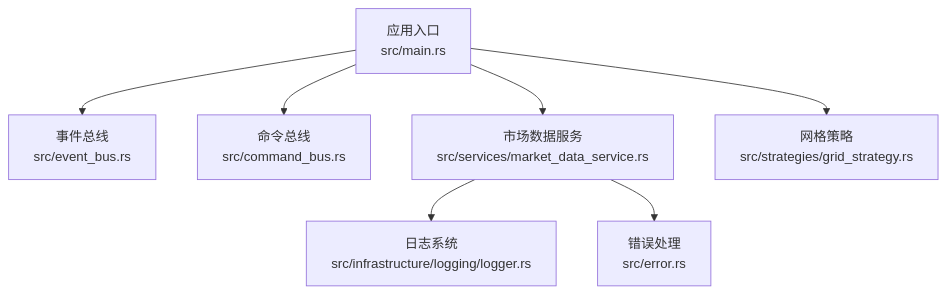
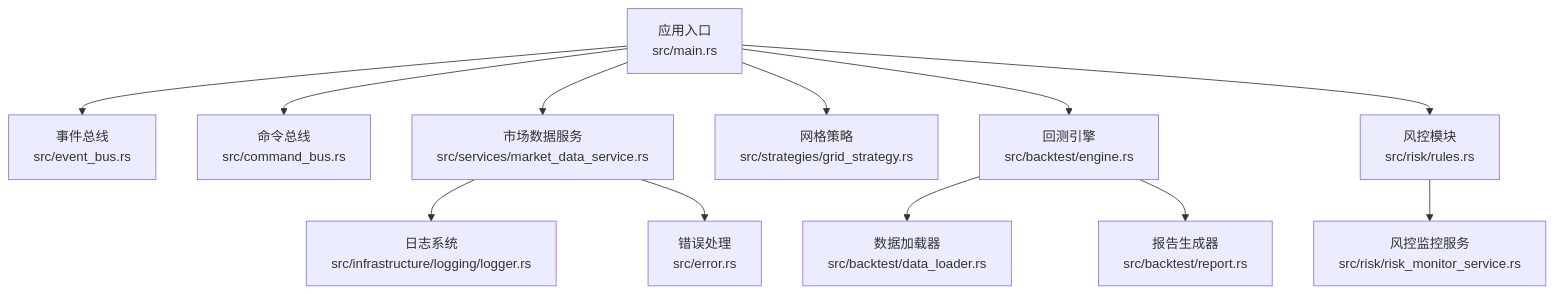
Before and after one commit to Heres1/binanceWebsocket: the first of 6 diagrams in .qoder/repowiki/zh/content/部署运维/部署配置.md, drawn with Mermaid. The commit also changed other lines of this file and 14 other files, not shown here.

````diff
--- a/.qoder/repowiki/zh/content/部署运维/部署配置.md
+++ b/.qoder/repowiki/zh/content/部署运维/部署配置.md
@@ -40,9 +64,14 @@
 ```mermaid
 graph TB
 A["应用入口<br/>src/main.rs"] --> B["事件总线<br/>src/event_bus.rs"]
 A --> C["命令总线<br/>src/command_bus.rs"]
 A --> D["市场数据服务<br/>src/services/market_data_service.rs"]
 A --> E["网格策略<br/>src/strategies/grid_strategy.rs"]
-D --> F["日志系统<br/>src/infrastructure/logging/logger.rs"]
-D --> G["错误处理<br/>src/error.rs"]
+A --> F["回测引擎<br/>src/backtest/engine.rs"]
+A --> G["风控模块<br/>src/risk/rules.rs"]
+D --> H["日志系统<br/>src/infrastructure/logging/logger.rs"]
+D --> I["错误处理<br/>src/error.rs"]
+F --> J["数据加载器<br/>src/backtest/data_loader.rs"]
+F --> K["报告生成器<br/>src/backtest/report.rs"]
+G --> L["风控监控服务<br/>src/risk/risk_monitor_service.rs"]
 ```
````
